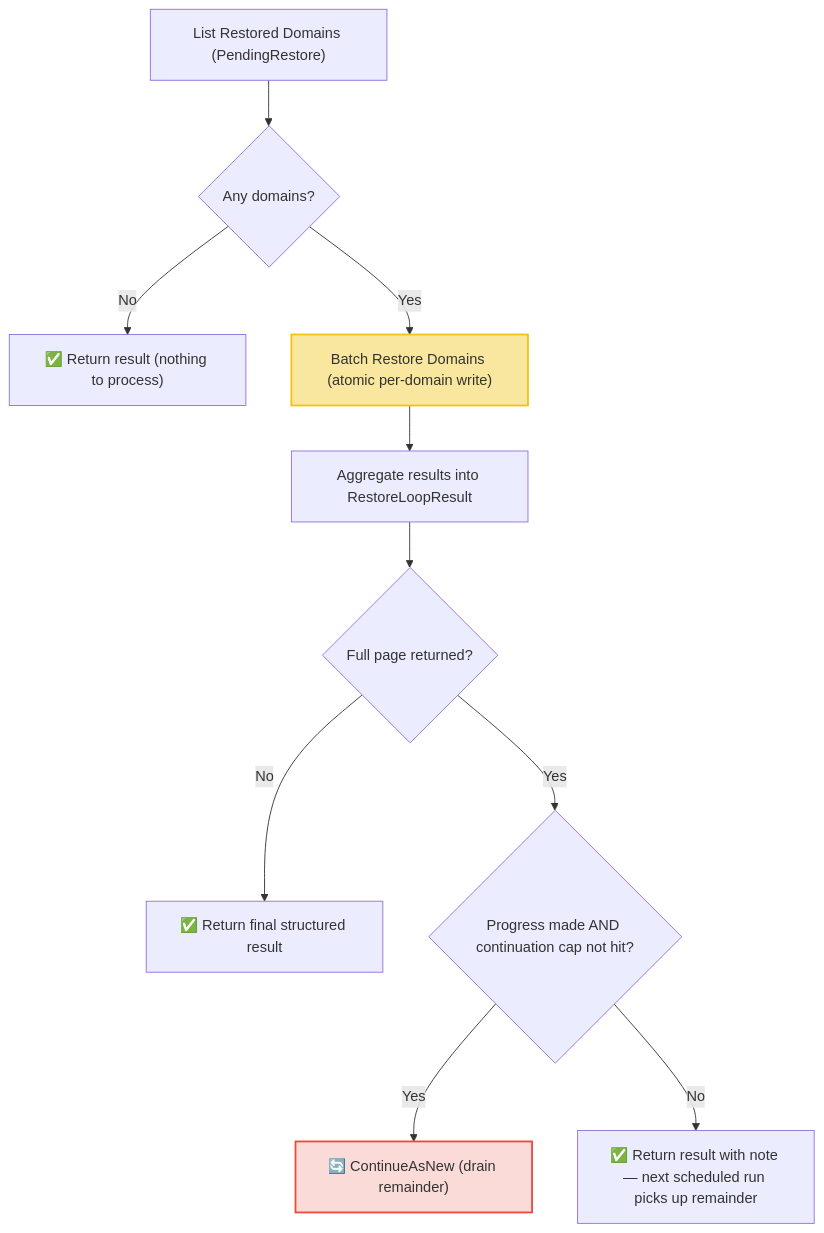
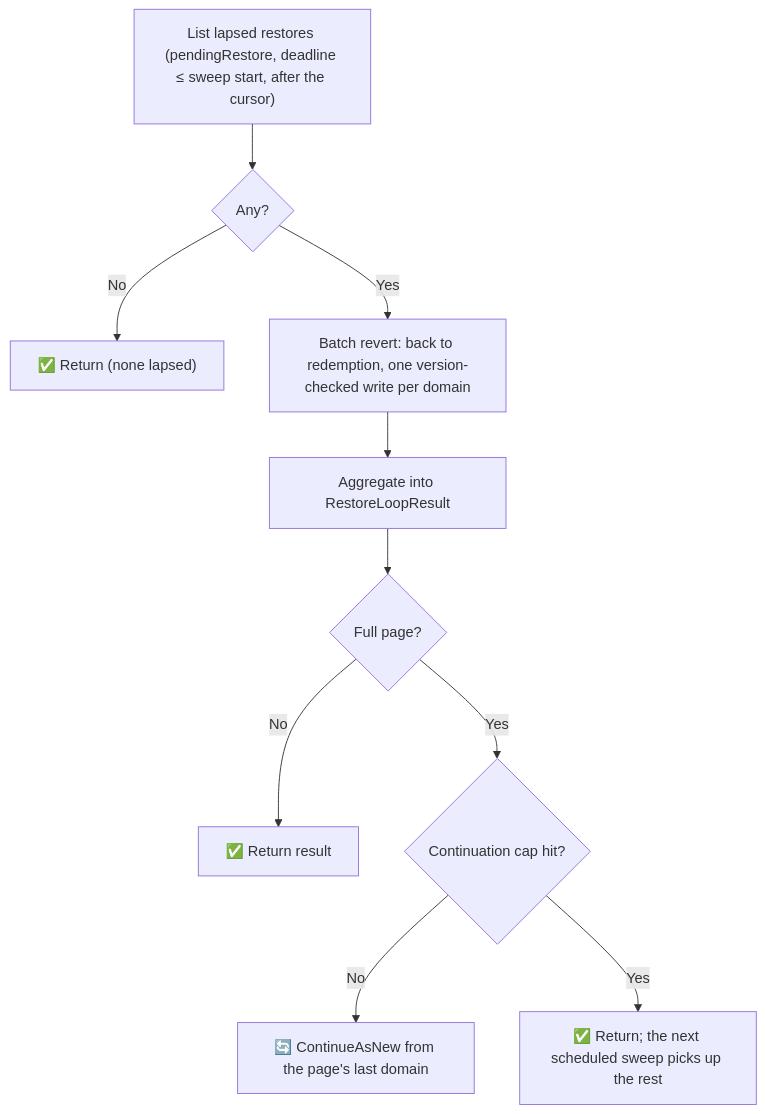
The diagram in internal/application/workflows/restoreWorkflow.doc.md (onasunnymorning/domain-os), drawn with Mermaid before and after one commit. The commit also changed other lines of this file and 59 other files, not shown here.

````diff
--- a/internal/application/workflows/restoreWorkflow.doc.md
+++ b/internal/application/workflows/restoreWorkflow.doc.md
@@ -25,15 +29,12 @@
 ```mermaid
 graph TD
-    A["List Restored Domains (PendingRestore)"] --> B{"Any domains?"}
-    B -- No --> DONE1["✅ Return result (nothing to process)"]
-    B -- Yes --> C["Batch Restore Domains (atomic per-domain write)"]
-    C --> D["Aggregate results into RestoreLoopResult"]
-    D --> E{"Full page returned?"}
-    E -- No --> DONE2["✅ Return final structured result"]
-    E -- Yes --> F{"Progress made AND continuation cap not hit?"}
-    F -- Yes --> G["🔄 ContinueAsNew (drain remainder)"]
-    F -- No --> DONE3["✅ Return result with note — next scheduled run picks up remainder"]
-
-    style C fill:#f9e79f,stroke:#f1c40f,stroke-width:2px
-    style G fill:#fadbd8,stroke:#e74c3c,stroke-width:2px
+    A["List lapsed restores (pendingRestore, deadline ≤ sweep start, after the cursor)"] --> B{"Any?"}
+    B -- No --> DONE1["✅ Return (none lapsed)"]
+    B -- Yes --> C["Batch revert: back to redemption, one version-checked write per domain"]
+    C --> D["Aggregate into RestoreLoopResult"]
+    D --> E{"Full page?"}
+    E -- No --> DONE2["✅ Return result"]
+    E -- Yes --> F{"Continuation cap hit?"}
+    F -- No --> G["🔄 ContinueAsNew from the page's last domain"]
+    F -- Yes --> DONE3["✅ Return; the next scheduled sweep picks up the rest"]
 ```
````
